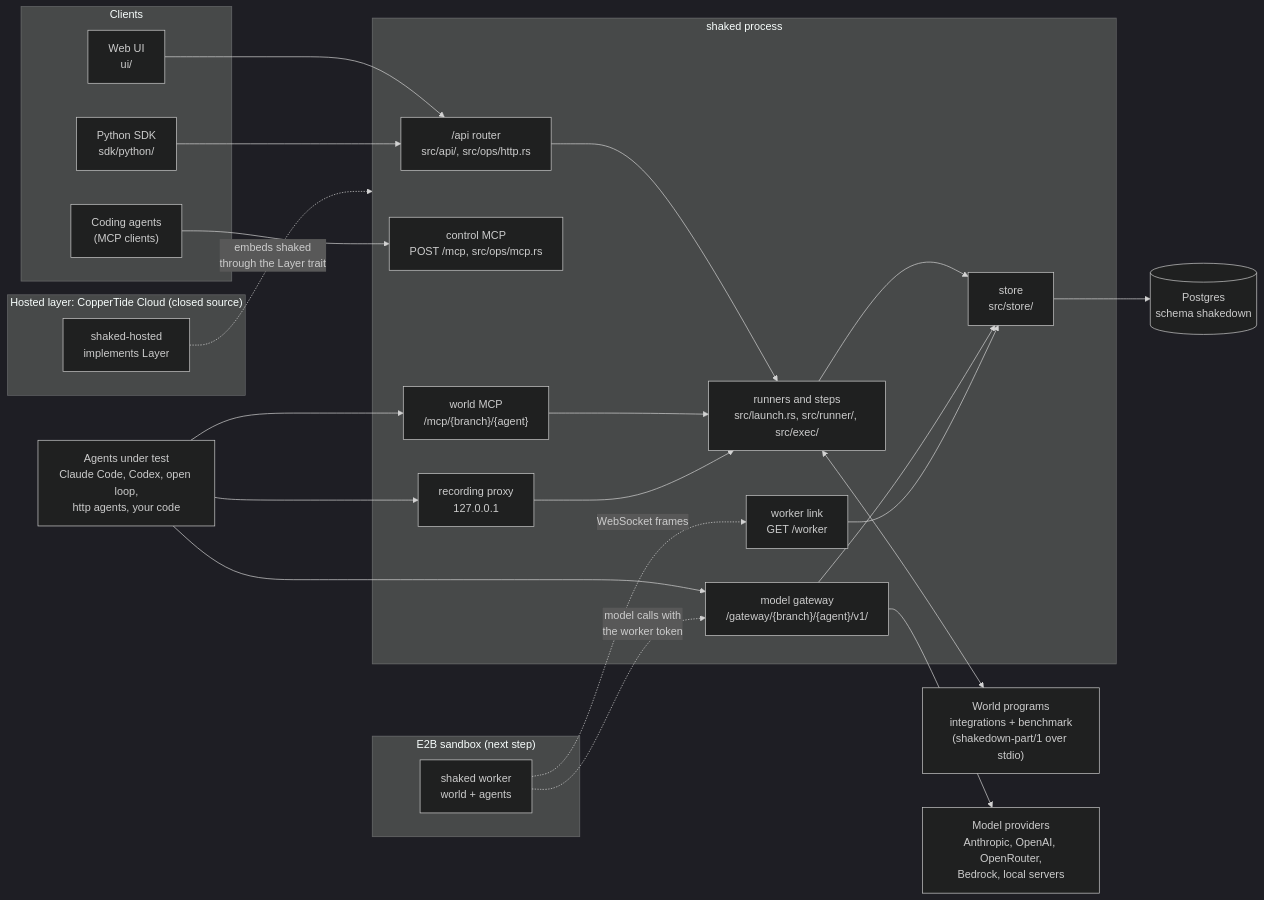
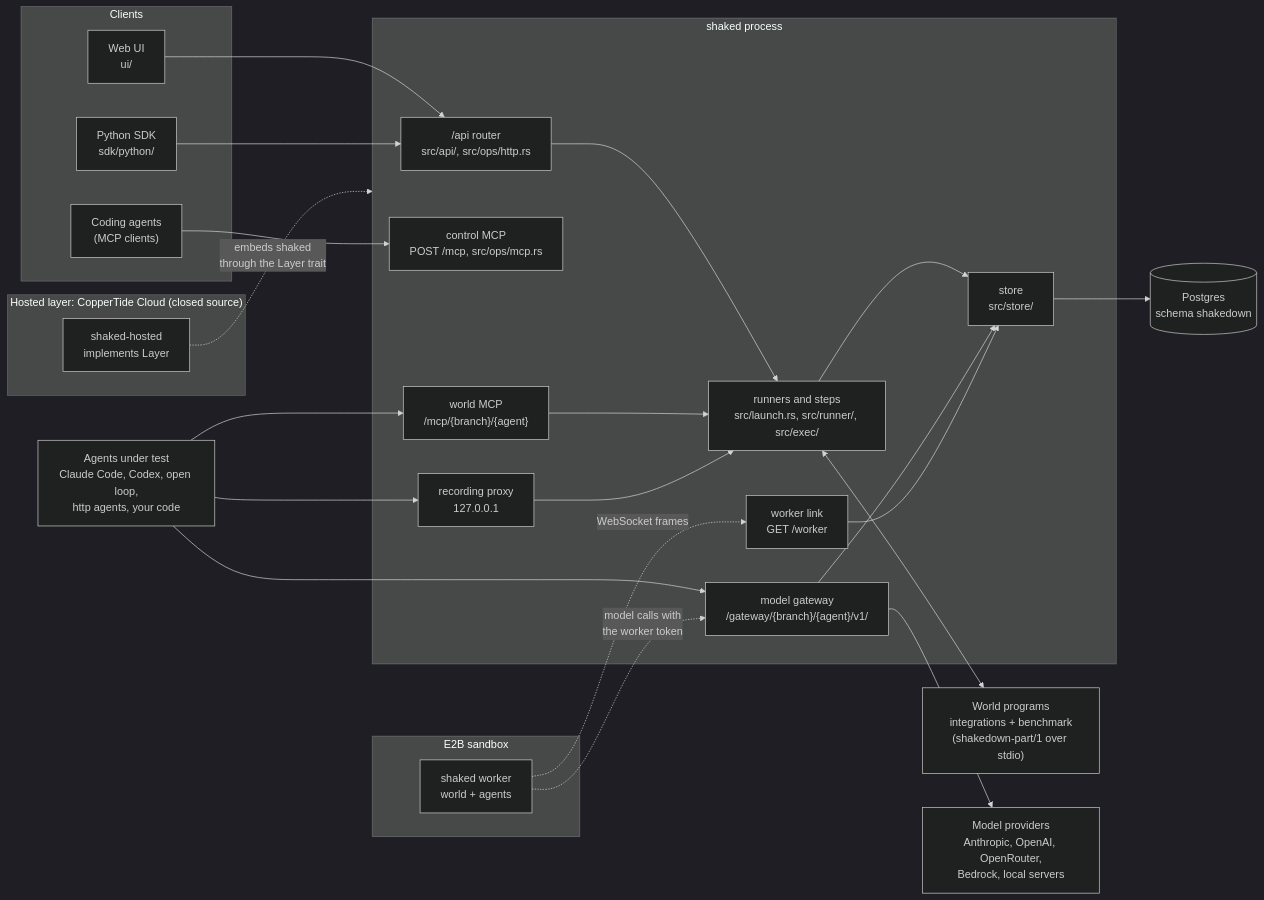
The first of 2 diagrams in docs/internals/architecture.md (CopperTide/Shakedown), drawn with Mermaid (dark theme) before and after one commit. The commit also changed other lines of this file and 12 other files, not shown here.

````diff
--- a/docs/internals/architecture.md
+++ b/docs/internals/architecture.md
@@ -20,48 +20,48 @@
 ```mermaid
 flowchart LR
   subgraph clients["Clients"]
     UI["Web UI<br/>ui/"]
     SDK["Python SDK<br/>sdk/python/"]
     CMC["Coding agents<br/>(MCP clients)"]
   end
 
   subgraph sd["shaked process"]
     API["/api router<br/>src/api/, src/ops/http.rs"]
     CMCP["control MCP<br/>POST /mcp, src/ops/mcp.rs"]
     RUN["runners and steps<br/>src/launch.rs, src/runner/, src/exec/"]
     WMCP["world MCP<br/>/mcp/{branch}/{agent}"]
     GW["model gateway<br/>/gateway/{branch}/{agent}/v1/"]
     PX["recording proxy<br/>127.0.0.1"]
     WL["worker link<br/>GET /worker"]
     ST["store<br/>src/store/"]
   end
 
   AG["Agents under test<br/>Claude Code, Codex, open loop,<br/>http agents, your code"]
   PARTS["World programs<br/>integrations + benchmark<br/>(shakedown-part/1 over stdio)"]
   PROV["Model providers<br/>Anthropic, OpenAI, OpenRouter,<br/>Bedrock, local servers"]
   PG[("Postgres<br/>schema shakedown")]
 
   UI --> API
   SDK --> API
   CMC --> CMCP
   API --> RUN
   RUN <--> PARTS
   AG --> WMCP --> RUN
   AG --> GW --> PROV
   AG --> PX --> RUN
   RUN --> ST
   GW --> ST
   WL --> ST
   ST --> PG
 
   subgraph cloud["Hosted layer: CopperTide Cloud (closed source)"]
     HL["shaked-hosted<br/>implements Layer"]
   end
   HL -. "embeds shaked<br/>through the Layer trait" .-> sd
 
-  subgraph e2b["E2B sandbox (next step)"]
+  subgraph e2b["E2B sandbox"]
     WK["shaked worker<br/>world + agents"]
   end
   WK -. "WebSocket frames" .-> WL
   WK -. "model calls with<br/>the worker token" .-> GW
 ```
````
